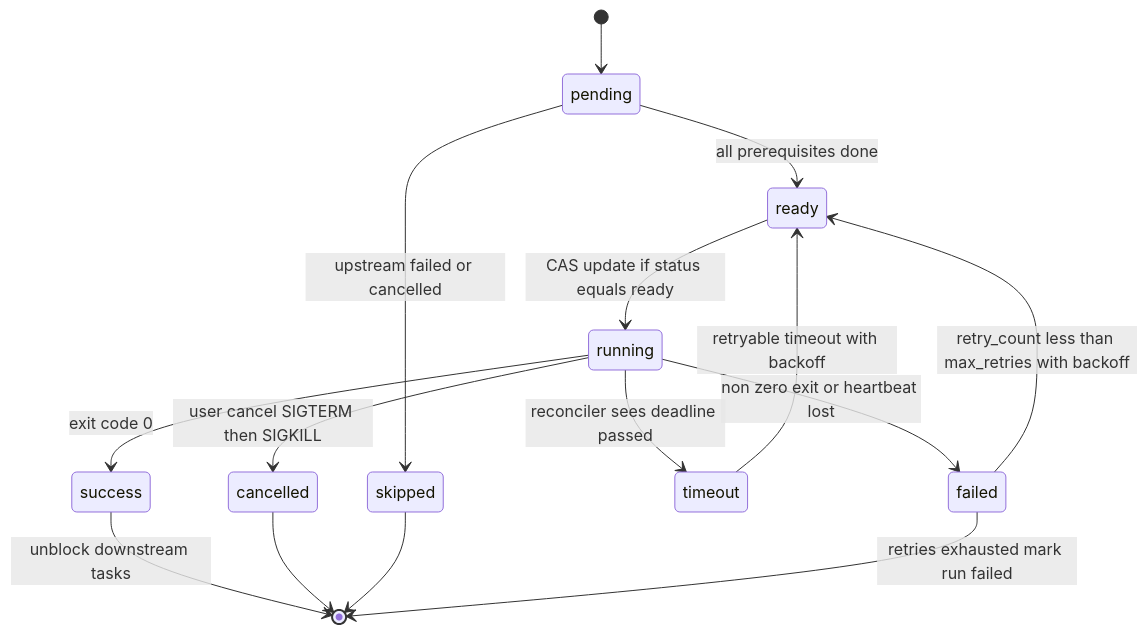
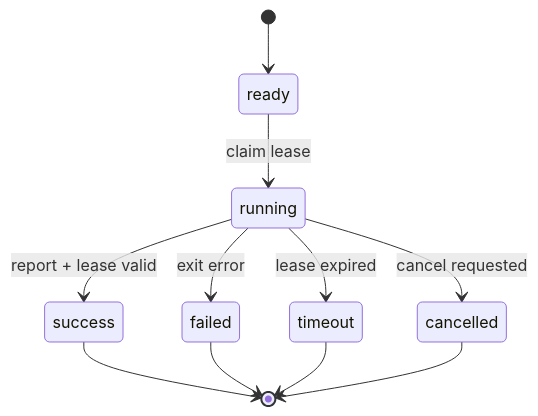
Before and after one commit to AlohaJava/system-design-interview-chamkin: the fourth of 6 diagrams in 02-case-studies/ci-cd-system.md, drawn with Mermaid. The commit also changed other lines of this file and 49 other files, not shown here.

````diff
--- a/02-case-studies/ci-cd-system.md
+++ b/02-case-studies/ci-cd-system.md
@@ -387,17 +340,13 @@
 ```mermaid
 stateDiagram-v2
-    [*] --> pending
-    pending --> ready : all prerequisites done
-    pending --> skipped : upstream failed or cancelled
-    ready --> running : CAS update if status equals ready
-    running --> success : exit code 0
-    running --> failed : non zero exit or heartbeat lost
-    running --> timeout : reconciler sees deadline passed
-    running --> cancelled : user cancel SIGTERM then SIGKILL
-    failed --> ready : retry_count less than max_retries with backoff
-    timeout --> ready : retryable timeout with backoff
-    success --> [*] : unblock downstream tasks
+    [*] --> ready
+    ready --> running : claim lease
+    running --> success : report + lease valid
+    running --> failed : exit error
+    running --> timeout : lease expired
+    running --> cancelled : cancel requested
+    success --> [*]
+    failed --> [*]
+    timeout --> [*]
     cancelled --> [*]
-    skipped --> [*]
-    failed --> [*] : retries exhausted mark run failed
 ```
````
